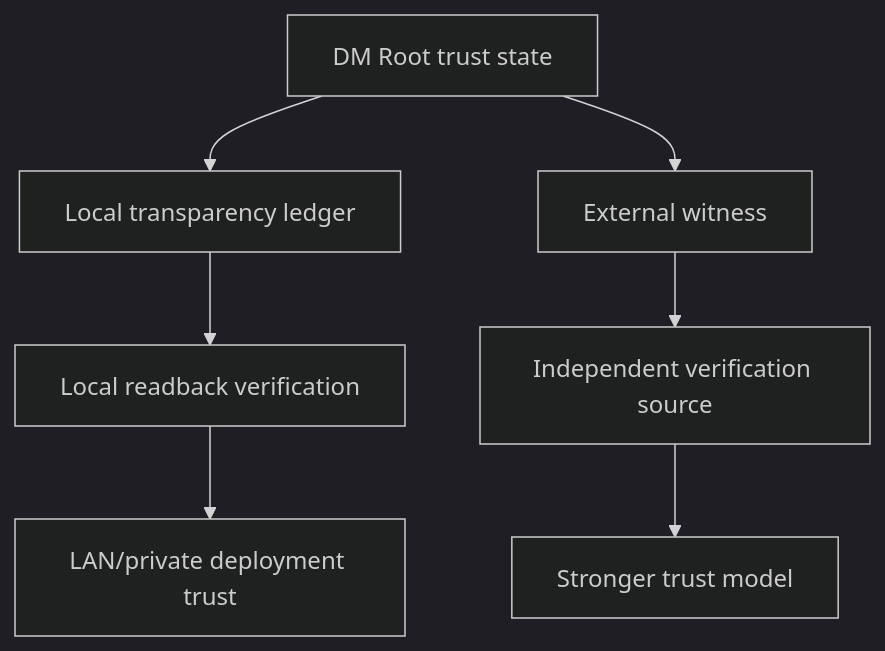
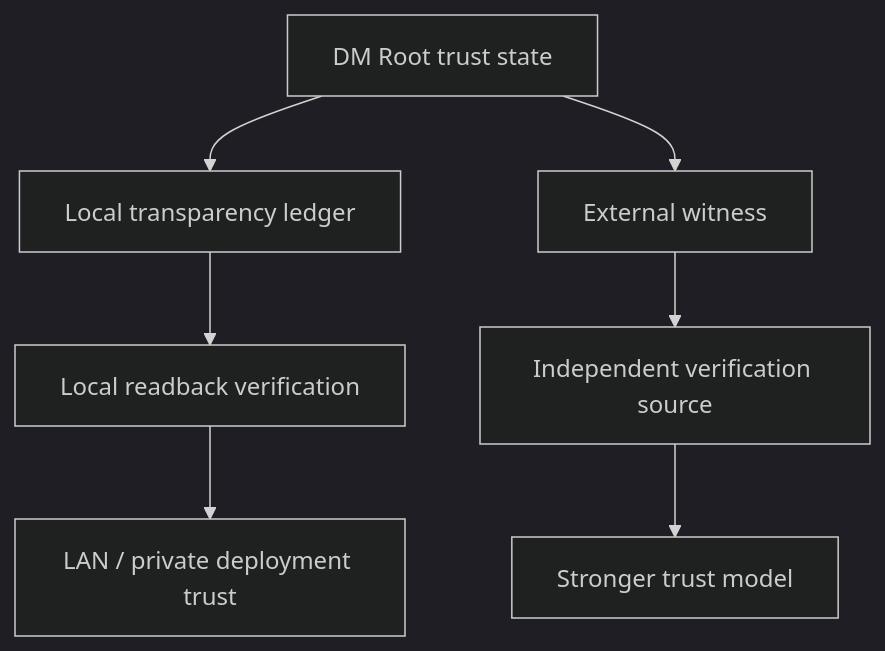
Before and after one commit to pirocorp/Ubuntu-Media-Server-Homelab-Setup-Guide: the tenth of 16 diagrams in ShadowBroker_Complete_Documentation_Runbook.md, drawn with Mermaid (dark theme). The commit also changed other lines of this file, not shown here.

````diff
--- a/ShadowBroker_Complete_Documentation_Runbook.md
+++ b/ShadowBroker_Complete_Documentation_Runbook.md
@@ -591,9 +591,9 @@
 ```mermaid
 flowchart TD
-    DMRoot[DM Root trust state] --> Transparency[Local transparency ledger]
-    DMRoot --> Witness[External witness]
-    Transparency --> LocalCheck[Local readback verification]
-    Witness --> IndependentCheck[Independent verification source]
-    LocalCheck --> LANTrust[LAN/private deployment trust]
-    IndependentCheck --> StrongTrust[Stronger trust model]
+    DMRoot["DM Root trust state"] --> Transparency["Local transparency ledger"]
+    DMRoot --> Witness["External witness"]
+    Transparency --> LocalCheck["Local readback verification"]
+    Witness --> IndependentCheck["Independent verification source"]
+    LocalCheck --> LANTrust["LAN / private deployment trust"]
+    IndependentCheck --> StrongTrust["Stronger trust model"]
 ```
````
